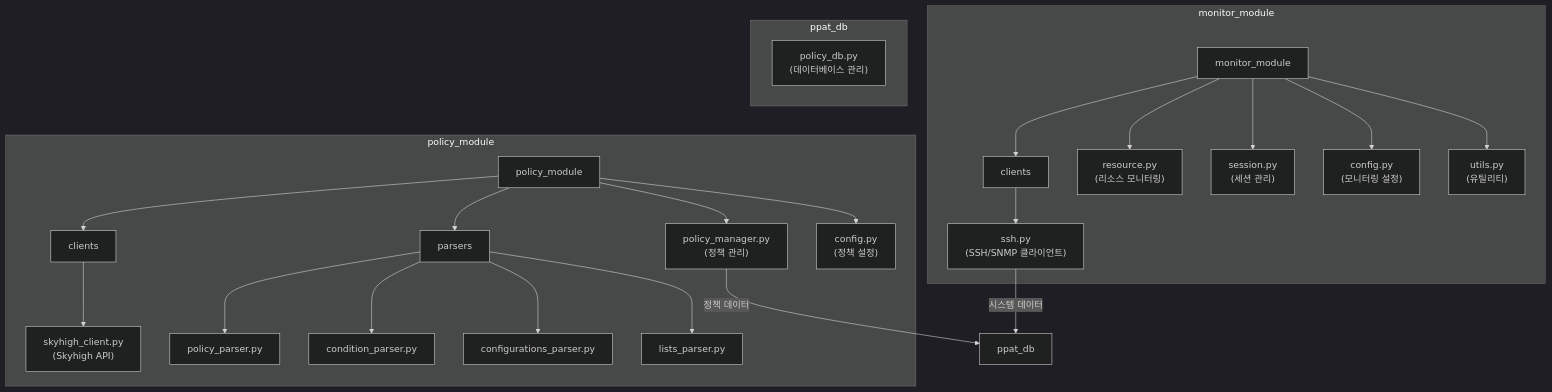
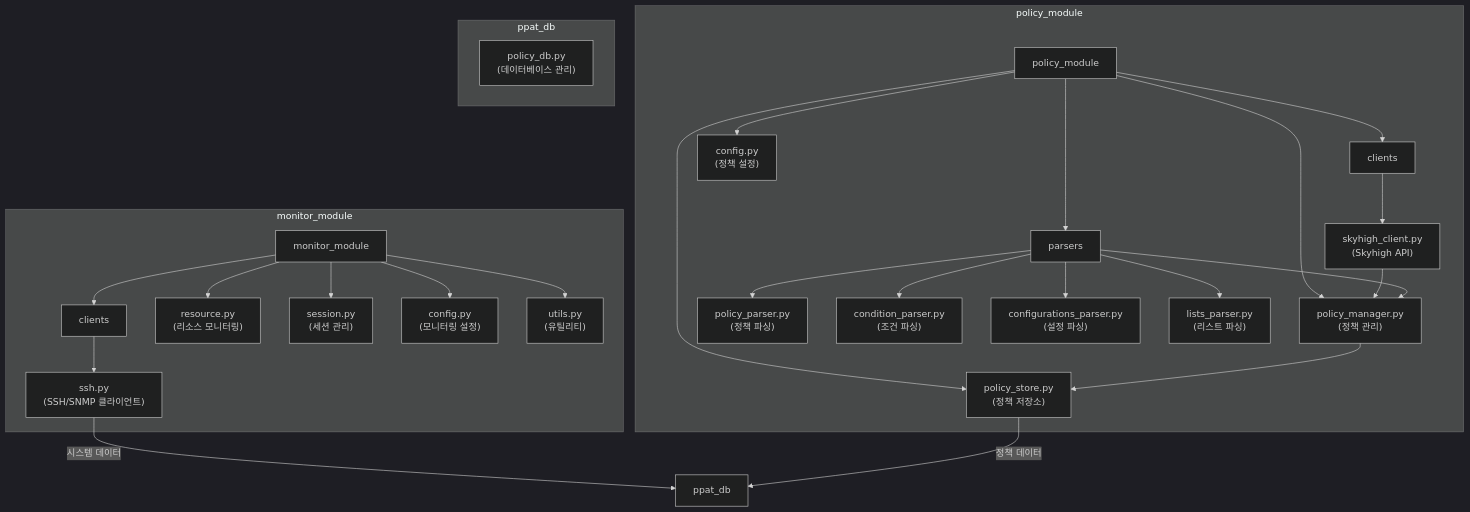
The diagram in docs/module_architecture.md (hunseop/proxy_tool), drawn with Mermaid (dark theme) before and after one commit. The commit also changed other lines of this file and 1 other file, not shown here.

Commit message:
문서 업데이트: module_architecture.md 파일에서 정책 저장소 및 정책 관리 모듈의 역할과 데이터 흐름을 명확히 설명하고, 파서 구성 요소에 대한 세부 정보를 추가함. 데이터 일관성 보장 및 유지보수성 향상에 대한 내용도 포함됨.

````diff
--- a/docs/module_architecture.md
+++ b/docs/module_architecture.md
@@ -5,33 +5,38 @@
 ```mermaid
 graph TD
     subgraph "monitor_module"
         B["monitor_module"] --> B1["clients"]
         B --> B2["resource.py<br/>(리소스 모니터링)"]
         B --> B3["session.py<br/>(세션 관리)"]
         B --> B4["config.py<br/>(모니터링 설정)"]
         B --> B5["utils.py<br/>(유틸리티)"]
         
         B1 --> BSH["ssh.py<br/>(SSH/SNMP 클라이언트)"]
     end
     
     subgraph "policy_module"
         C["policy_module"] --> C1["clients"]
         C --> C2["parsers"]
         C --> C3["policy_manager.py<br/>(정책 관리)"]
-        C --> C4["config.py<br/>(정책 설정)"]
+        C --> C4["policy_store.py<br/>(정책 저장소)"]
+        C --> C5["config.py<br/>(정책 설정)"]
         
         C1 --> CSH["skyhigh_client.py<br/>(Skyhigh API)"]
         
-        C2 --> CP1["policy_parser.py"]
-        C2 --> CP2["condition_parser.py"]
-        C2 --> CP3["configurations_parser.py"]
-        C2 --> CP4["lists_parser.py"]
+        C2 --> CP1["policy_parser.py<br/>(정책 파싱)"]
+        C2 --> CP2["condition_parser.py<br/>(조건 파싱)"]
+        C2 --> CP3["configurations_parser.py<br/>(설정 파싱)"]
+        C2 --> CP4["lists_parser.py<br/>(리스트 파싱)"]
+        
+        CSH --> C3
+        C2 --> C3
+        C3 --> C4
     end
     
     BSH --> |"시스템 데이터"| D[ppat_db]
-    C3 --> |"정책 데이터"| D[ppat_db]
+    C4 --> |"정책 데이터"| D[ppat_db]
     
     subgraph "ppat_db"
         D1["policy_db.py<br/>(데이터베이스 관리)"]
     end
 ```
````
